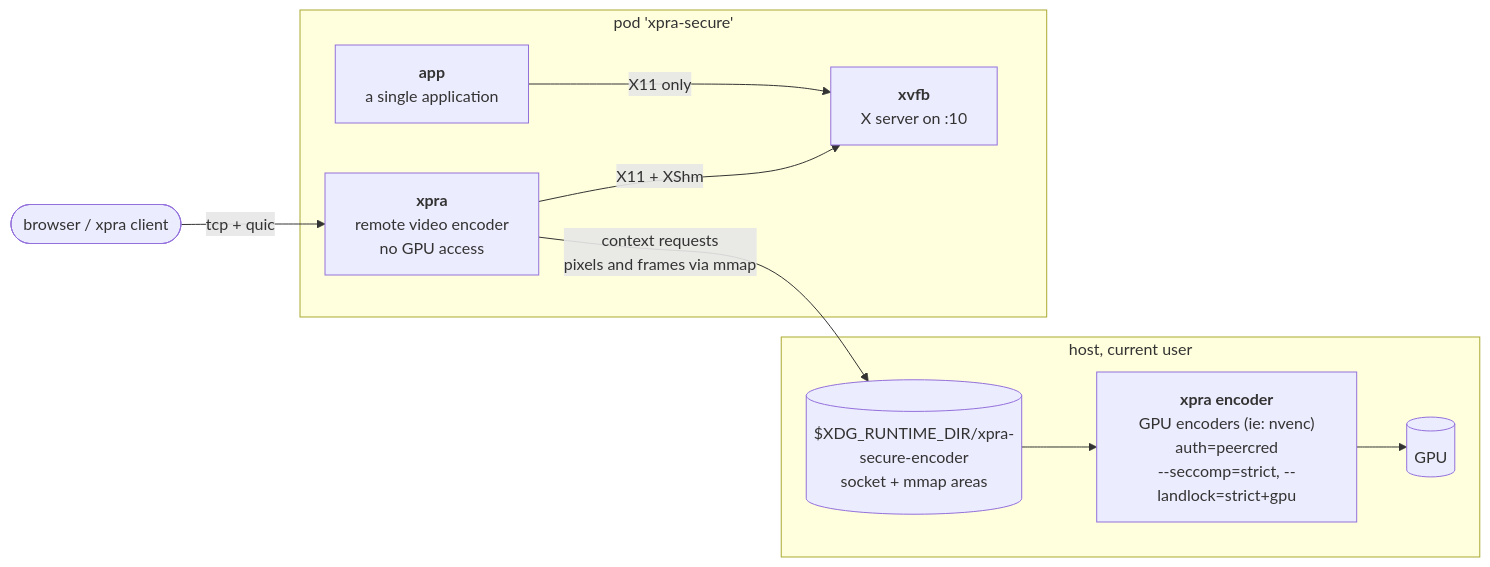
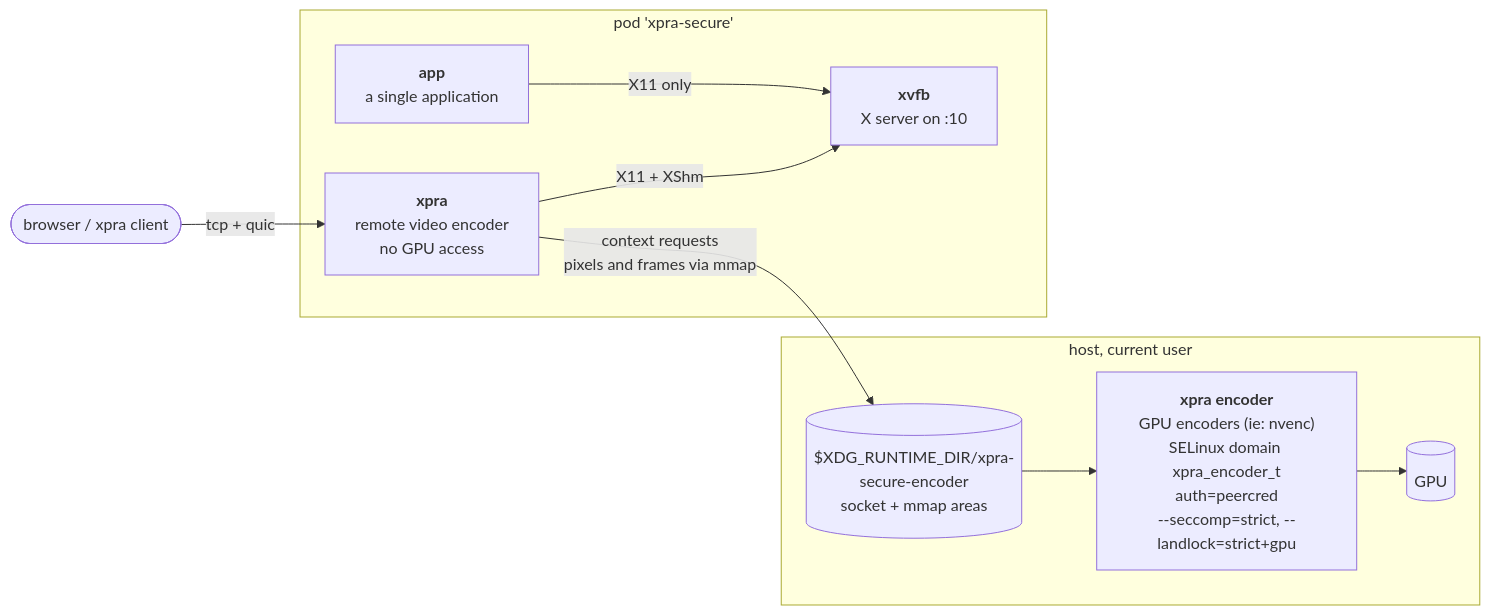
The diagram in packaging/containers/podman/encoder/README.md (Xpra-org/xpra), drawn with Mermaid before and after one commit. The commit also changed other lines of this file and 3 other files, not shown here.

First line of the commit message:
#5087 SELinux domain for the encoder server used by containers

````diff
--- a/packaging/containers/podman/encoder/README.md
+++ b/packaging/containers/podman/encoder/README.md
@@ -15,23 +15,23 @@
 ```mermaid
 flowchart LR
     client(["browser / xpra client"])
 
     subgraph host["host, current user"]
-        encoder["<b>xpra encoder</b><br/>GPU encoders (ie: nvenc)<br/>auth=peercred<br/>--seccomp=strict, --landlock=strict+gpu"]
+        encoder["<b>xpra encoder</b><br/>GPU encoders (ie: nvenc)<br/>SELinux domain xpra_encoder_t<br/>auth=peercred<br/>--seccomp=strict, --landlock=strict+gpu"]
         gpu[("GPU")]
         dir[("$XDG_RUNTIME_DIR/xpra-secure-encoder<br/>socket + mmap areas")]
     end
 
     subgraph pod["pod 'xpra-secure'"]
         xvfb["<b>xvfb</b><br/>X server on :10"]
         xpra["<b>xpra</b><br/>remote video encoder<br/>no GPU access"]
         app["<b>app</b><br/>a single application"]
     end
 
     client -- "tcp + quic" --> xpra
     xpra -- "X11 + XShm" --> xvfb
     app -- "X11 only" --> xvfb
     xpra -- "context requests<br/>pixels and frames via mmap" --> dir
     dir --> encoder
     encoder --> gpu
 ```
````
